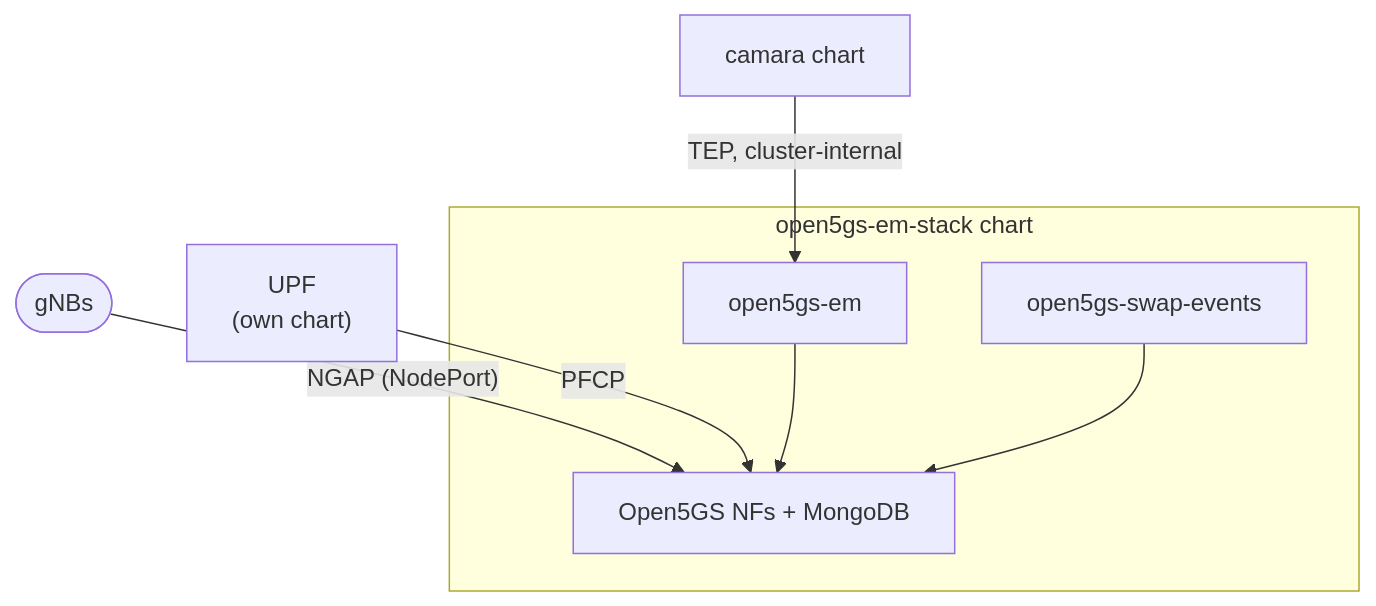
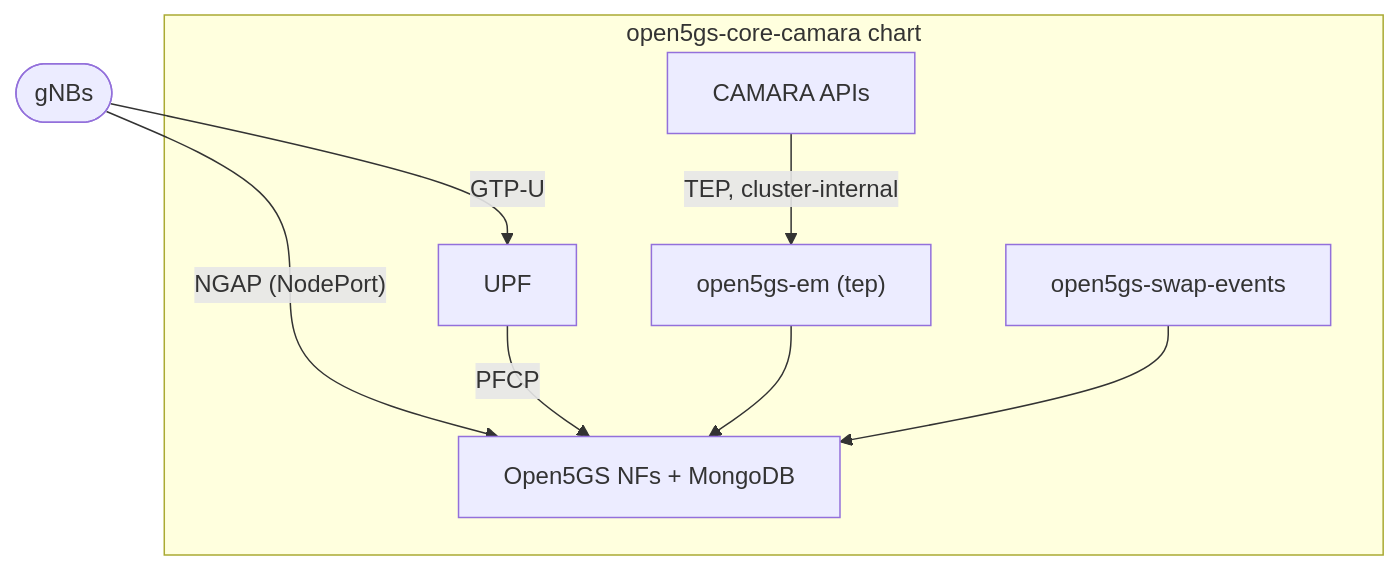
One commit to p-NET-Emerging-Networks-Verticals/tep-architecture changed the second of 2 diagrams in docs/open5gs.md. Above: the diagram before and after it, drawn with Mermaid. The commit also changed other lines of this file and 9 other files, not shown here.

````diff
--- a/docs/open5gs.md
+++ b/docs/open5gs.md
@@ -93,15 +100,17 @@
 ```mermaid
 flowchart TB
-    camara["camara chart"] -- "TEP, cluster-internal" --> em
-
-    subgraph rel_stack["open5gs-em-stack chart"]
-        em["open5gs-em"]
+    subgraph rel["open5gs-core-camara chart"]
+        camara["CAMARA APIs"]
+        em["open5gs-em (tep)"]
         swap["open5gs-swap-events"]
         core["Open5GS NFs + MongoDB"]
+        upf["UPF"]
     end
 
     gnb(["gNBs"]) -- "NGAP (NodePort)" --> core
-    upf["UPF<br/>(own chart)"] -- PFCP --> core
+    gnb -- "GTP-U" --> upf
+    camara -- "TEP, cluster-internal" --> em
+    upf -- PFCP --> core
     em --> core
     swap --> core
 ```
````
